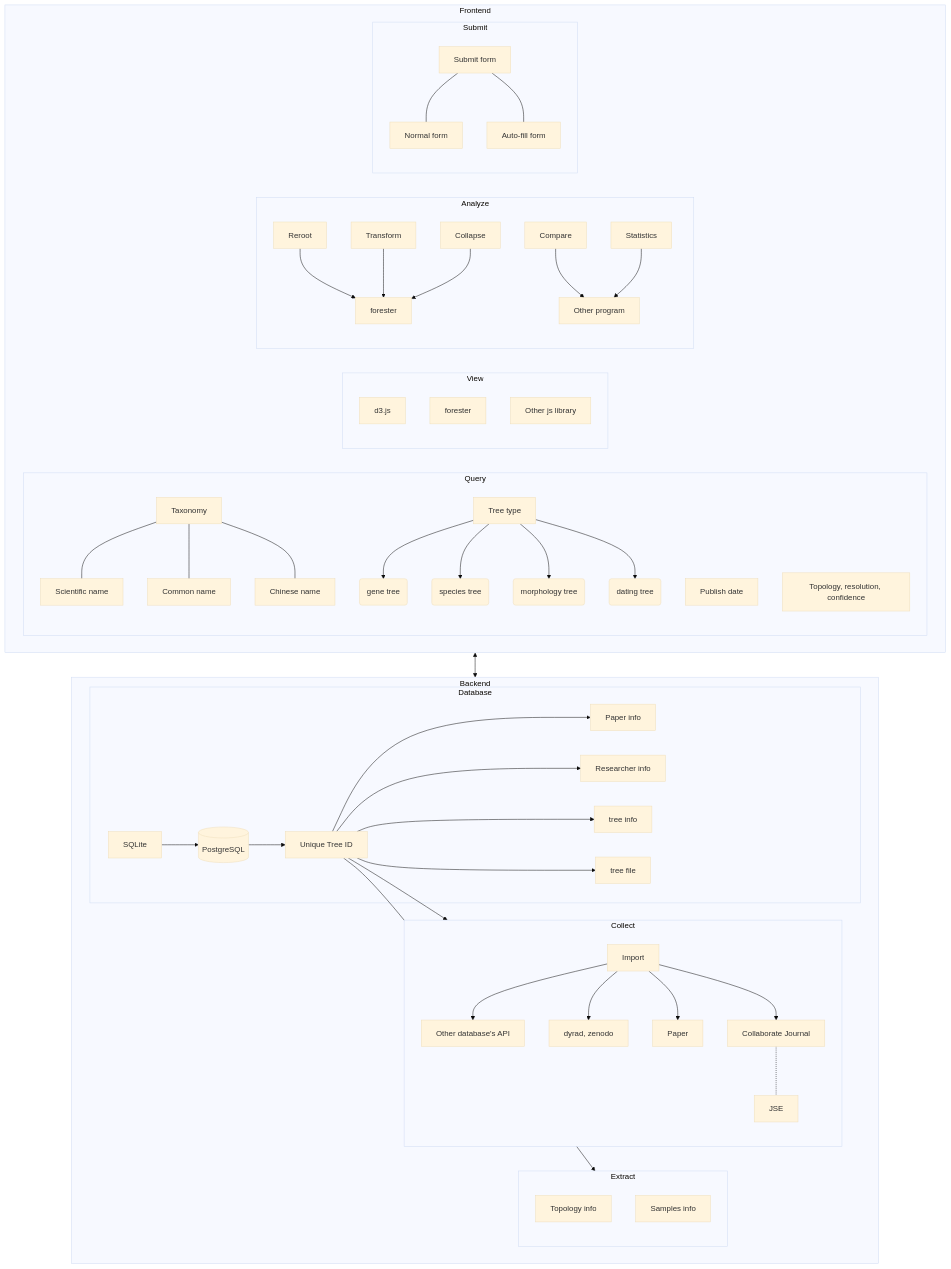
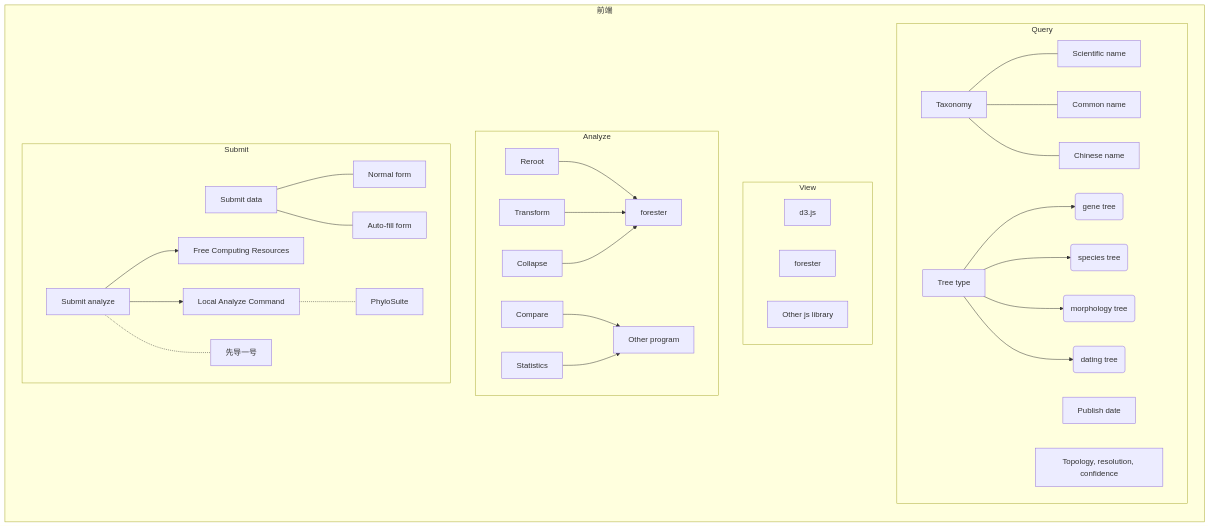
The second of 3 diagrams in README.md (wpwupingwp/treehub), drawn with Mermaid before and after one commit. The commit also changed other lines of this file, not shown here.

````diff
--- a/README.md
+++ b/README.md
@@ -7,59 +59,38 @@
 ```mermaid
-%%{init: {'theme': 'base'}}%%
-flowchart TB
-    subgraph Frontend
+flowchart LR
+    subgraph 前端
         subgraph Query
             q1[Taxonomy]
             q1 --- qq1[Scientific name]
             q1 --- qq2[Common name]
             q1 --- qq3[Chinese name]
             q2[Publish date]
             q3[Tree type]
             q3 --> t1(gene tree)
             q3 --> t2(species tree)
             q3 --> t3(morphology tree)
             q3 --> t4(dating tree)
             q4[Topology, resolution, confidence]
         end
         subgraph View
             v1[d3.js]
             v2[forester]
             v3[Other js library]
 
         end
         subgraph Analyze
             Reroot --> forester
             Transform --> forester
             Collapse --> forester
             Compare --> a1[Other program]
             Statistics --> a1
         end
         subgraph Submit
-            s0[Submit form] --- sf1[Normal form]
-            s0[Submit form] --- sf2[Auto-fill form]
+            s0[Submit data] --- sf1[Normal form]
+            s0[Submit data] --- sf2[Auto-fill form]
+            s1[Submit analyze] --> sa2[Free Computing Resources]
+            s1[Submit analyze] --> sa3[Local Analyze Command] -.- PhyloSuite
+            s1[Submit analyze] -.- sa1[先导一号]
         end
     end
-    subgraph Backend
-        subgraph Collect
-            Import --> s1[Other database's API]
-            Import --> s2[dyrad, zenodo]
-            Import --> s3[Paper]
-            Import --> s4[Collaborate Journal] -.- JSE
-        end
-        subgraph Extract
-            e1[Topology info]
-            e2[Samples info]
-        end
-        subgraph Database
-            d1 --> d2[Paper info]
-            d1 --> d3[Researcher info]
-            d1 --> d4[tree info]
-            d1 --> d5[tree file]
-            SQLite --> db1[(PostgreSQL)]
-            db1 --> d1[Unique Tree ID]
-        end
-        d1 --> Collect
-        d1 --> Extract
-    end
-Frontend <--> Backend 
 ```
````
